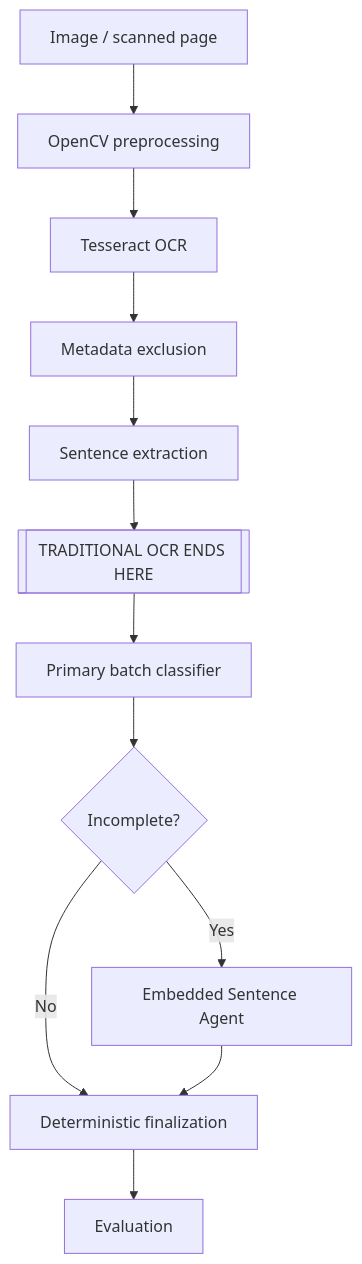
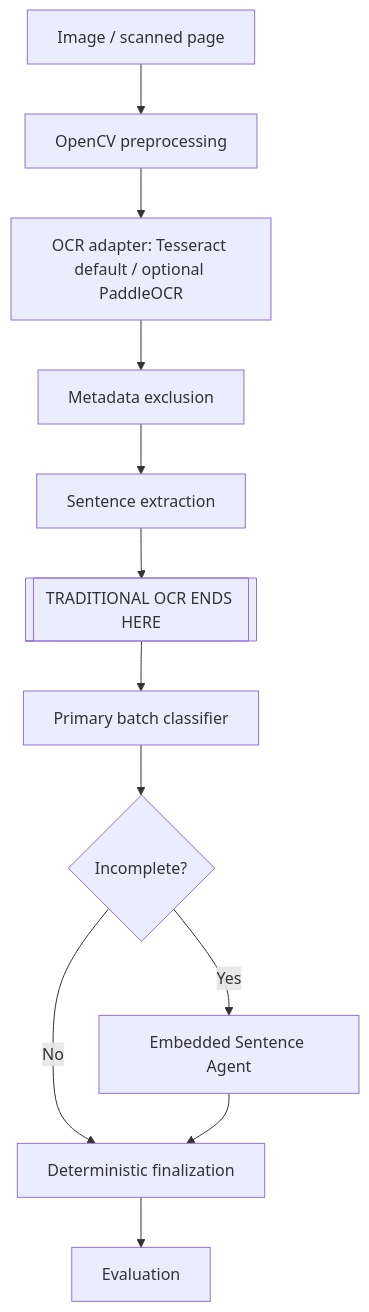
Before and after one commit to basharat949/agentic-document-analysis: the diagram in README.md, drawn with Mermaid. The commit also changed other lines of this file and 10 other files, not shown here.

Commit message:
feat: add optional PaddleOCR engine and document validation

````diff
--- a/README.md
+++ b/README.md
@@ -51,14 +52,14 @@
 ```mermaid
 flowchart TD
     Image[Image / scanned page] --> Prep[OpenCV preprocessing]
-    Prep --> OCR[Tesseract OCR]
+    Prep --> OCR[OCR adapter: Tesseract default / optional PaddleOCR]
     OCR --> Meta[Metadata exclusion]
     Meta --> Sentences[Sentence extraction]
     Sentences --> Boundary[[TRADITIONAL OCR ENDS HERE]]
     Boundary --> Batch[Primary batch classifier]
     Batch --> Route{Incomplete?}
     Route -->|No| Final[Deterministic finalization]
     Route -->|Yes| Embedded[Embedded Sentence Agent]
     Embedded --> Final
     Final --> Eval[Evaluation]
 ```
````
